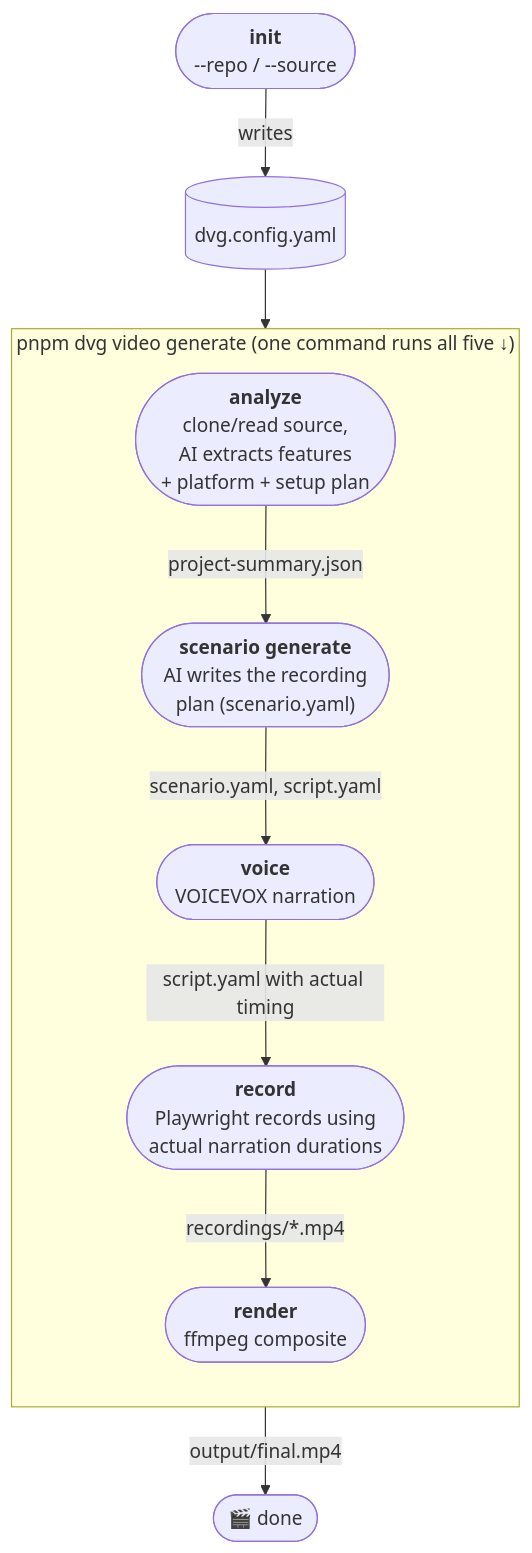
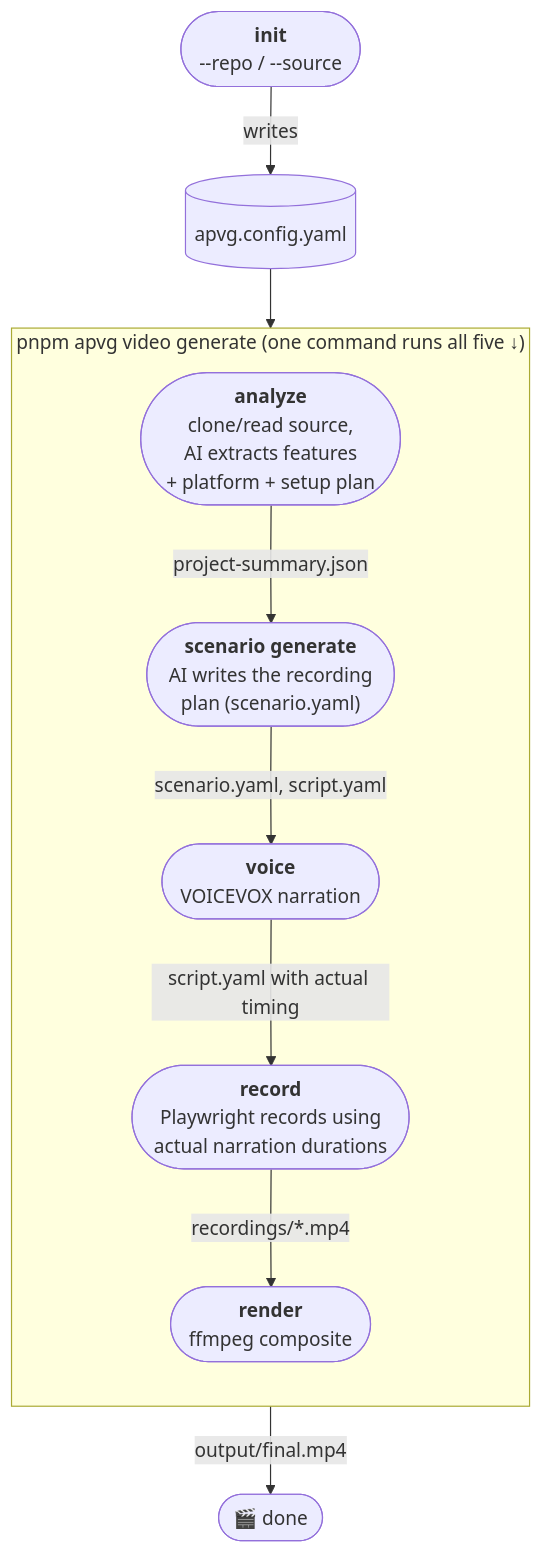
One commit to TakuKobayashi/auto-product-video-generator changed the diagram in README.md. Above: the diagram before and after it, drawn with Mermaid. The commit also changed other lines of this file and 65 other files, not shown here.

````diff
--- a/README.md
+++ b/README.md
@@ -117,20 +117,20 @@
 ```mermaid
 flowchart TD
-    init(["<b>init</b><br/>--repo / --source"]) -->|writes| cfg[(dvg.config.yaml)]
+    init(["<b>init</b><br/>--repo / --source"]) -->|writes| cfg[(apvg.config.yaml)]
 
-    subgraph build["pnpm dvg video generate  (one command runs all five ↓)"]
+    subgraph build["pnpm apvg video generate  (one command runs all five ↓)"]
         direction TB
         analyze(["<b>analyze</b><br/>clone/read source,<br/>AI extracts features<br/>+ platform + setup plan"])
         scenario(["<b>scenario generate</b><br/>AI writes the recording<br/>plan (scenario.yaml)"])
         voice(["<b>voice</b><br/>VOICEVOX narration"])
         record(["<b>record</b><br/>Playwright records using<br/>actual narration durations"])
         render(["<b>render</b><br/>ffmpeg composite"])
         analyze -->|project-summary.json| scenario
         scenario -->|scenario.yaml, script.yaml| voice
         voice -->|script.yaml with actual timing| record
         record -->|recordings/*.mp4| render
     end
 
     cfg --> analyze
     render -->|output/final.mp4| done(["🎬 done"])
 ```
````
